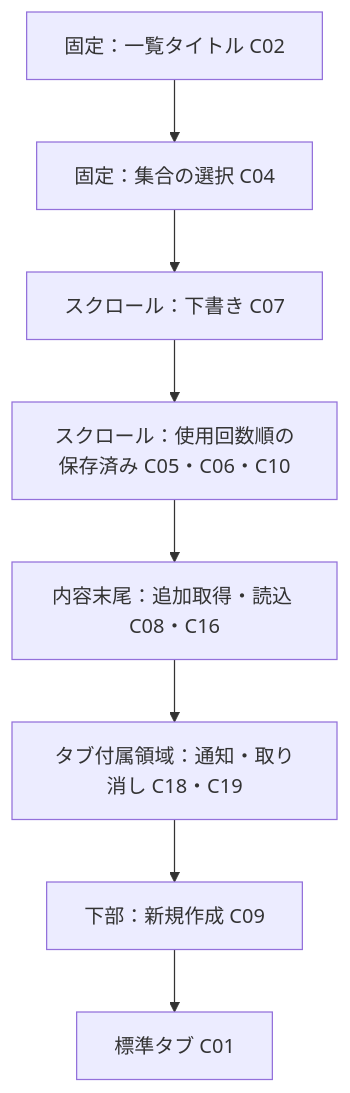
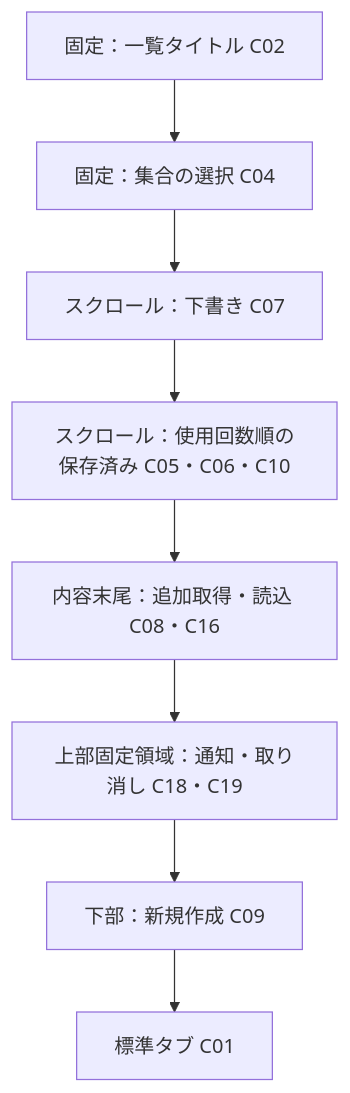
The second of 4 diagrams in docs/design/screens.md (9uiLe/nibble), drawn with Mermaid before and after one commit. The commit also changed other lines of this file and 12 other files, not shown here.

````diff
--- a/docs/design/screens.md
+++ b/docs/design/screens.md
@@ -35,10 +35,10 @@
 ```mermaid
 flowchart TB
     H[固定：一覧タイトル C02] --> F[固定：集合の選択 C04]
     F --> D[スクロール：下書き C07]
     D --> O[スクロール：使用回数順の保存済み C05・C06・C10]
     O --> M[内容末尾：追加取得・読込 C08・C16]
-    M --> N[タブ付属領域：通知・取り消し C18・C19]
+    M --> N[上部固定領域：通知・取り消し C18・C19]
     N --> C[下部：新規作成 C09]
     C --> T[標準タブ C01]
 ```
````
